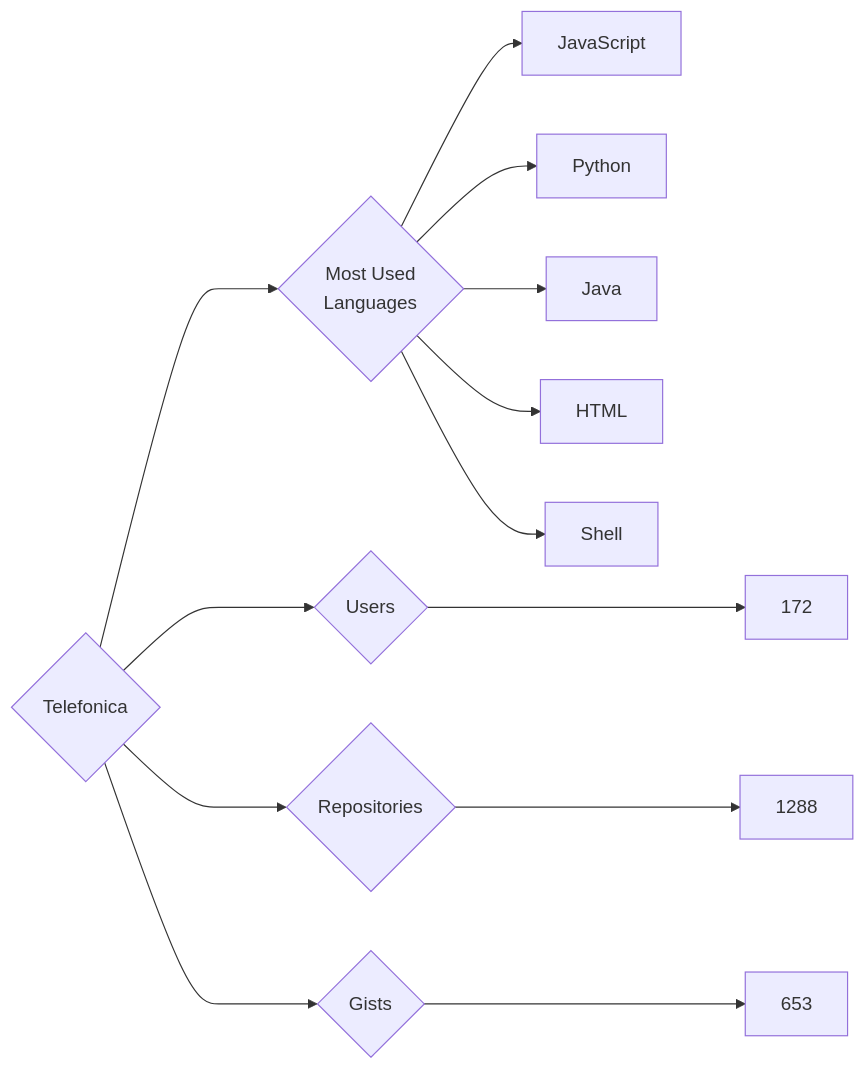
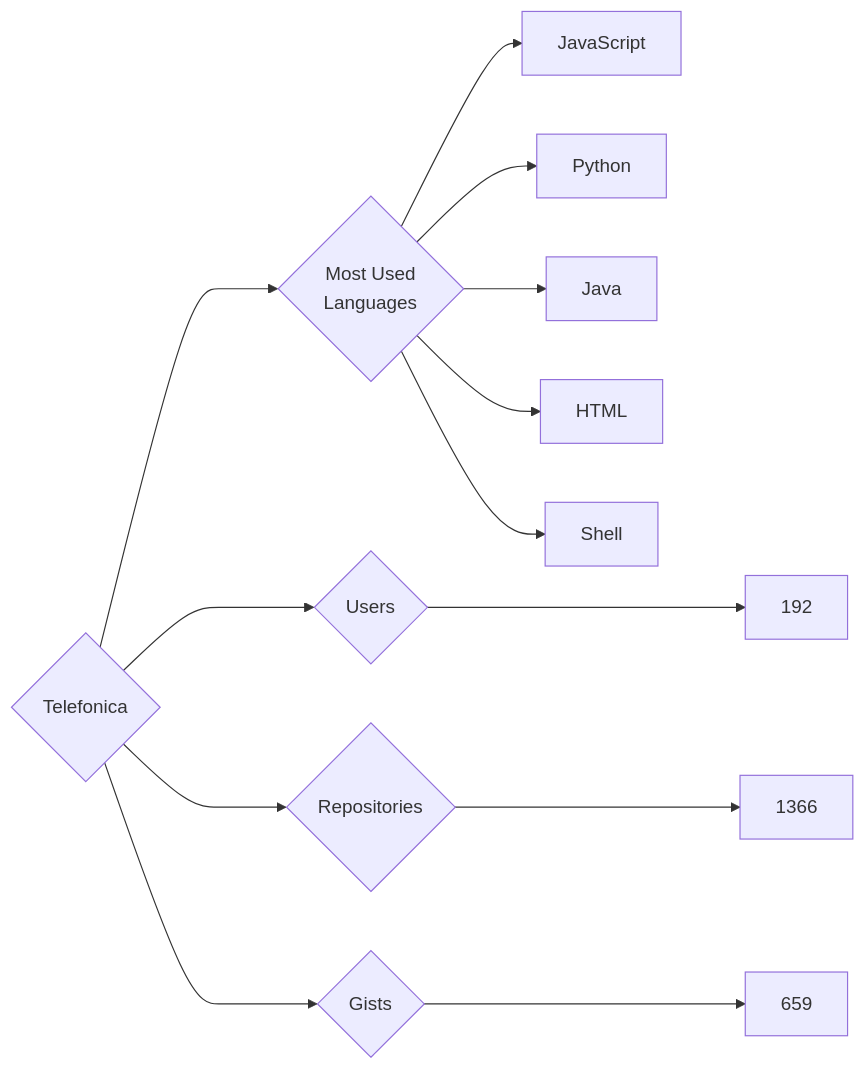
Before and after one commit to trickest/insiders: the diagram in targets/Telefonica/README.md, drawn with Mermaid. The commit also changed 969 other files, not shown here.

````diff
--- a/targets/Telefonica/README.md
+++ b/targets/Telefonica/README.md
@@ -3,13 +3,13 @@
 ```mermaid
 graph LR
 COMPANY_NAME{Telefonica}
-COMPANY_NAME ---> U{Users} ---> UN[172]
-COMPANY_NAME ---> R{Repositories} ---> RN[1288]
-COMPANY_NAME ---> G{Gists} ---> GN[653]
+COMPANY_NAME ---> U{Users} ---> UN[192]
+COMPANY_NAME ---> R{Repositories} ---> RN[1366]
+COMPANY_NAME ---> G{Gists} ---> GN[659]
 COMPANY_NAME ---> ML{Most Used<br>Languages}
 ML --> JavaScript[JavaScript]
 ML --> Python[Python]
 ML --> Java[Java]
 ML --> HTML[HTML]
 ML --> Shell[Shell]
 ```
````
